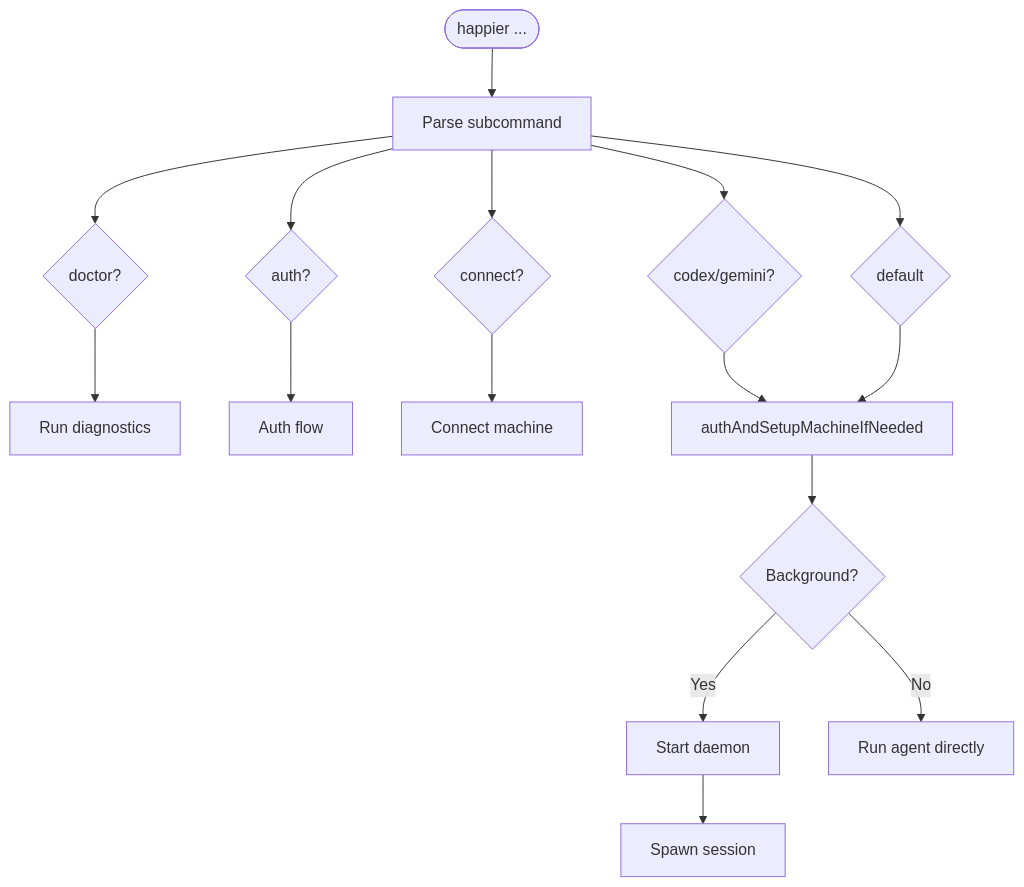
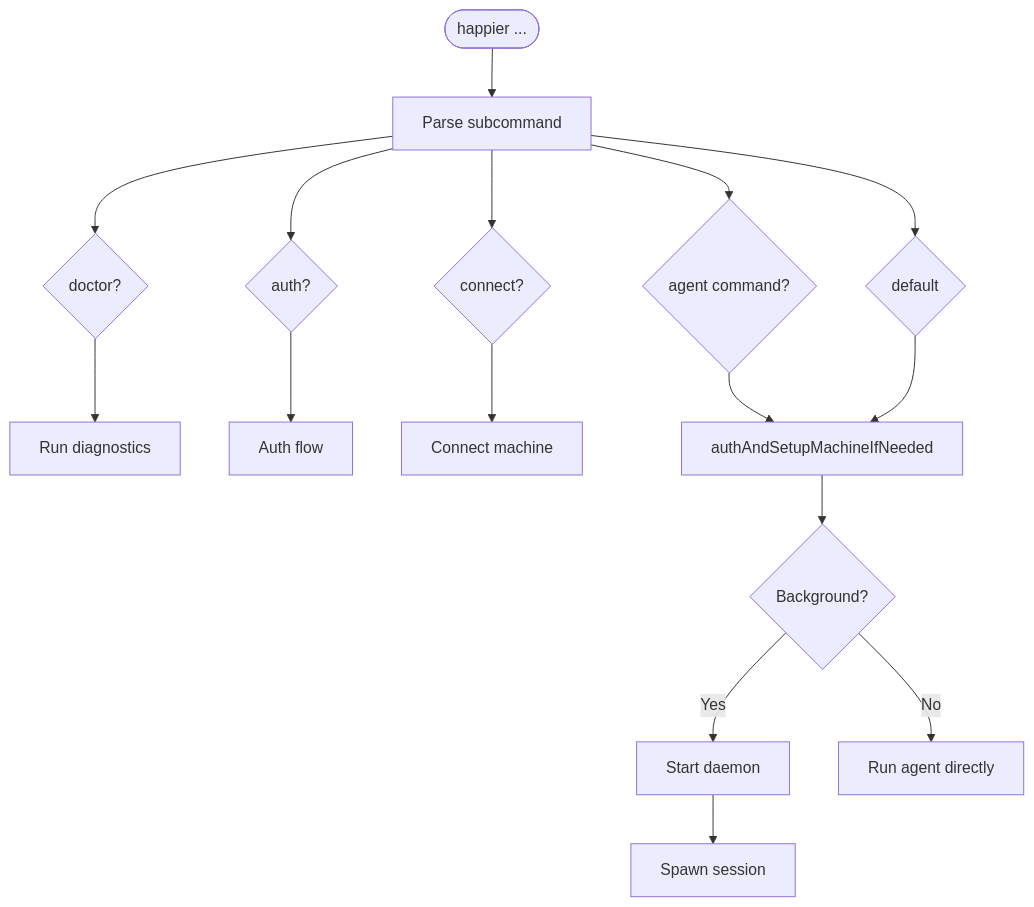
One commit to happier-dev/happier changed the second of 12 diagrams in docs/cli-architecture.md. Above: the diagram before and after it, drawn with Mermaid. The commit also changed other lines of this file and 39 other files, not shown here.

````diff
--- a/docs/cli-architecture.md
+++ b/docs/cli-architecture.md
@@ -50,23 +50,23 @@
 ```mermaid
 flowchart TD
     Start([happier ...]) --> Parse[Parse subcommand]
 
     Parse --> Doctor{doctor?}
     Parse --> Auth{auth?}
     Parse --> Connect{connect?}
-    Parse --> Agent{codex/gemini?}
+    Parse --> Agent{agent command?}
     Parse --> Default{default}
 
     Doctor --> RunDoctor[Run diagnostics]
     Auth --> RunAuth[Auth flow]
     Connect --> RunConnect[Connect machine]
 
     Agent --> Setup[authAndSetupMachineIfNeeded]
     Default --> Setup
 
     Setup --> Context{Background?}
     Context --> |Yes| StartDaemon[Start daemon]
     Context --> |No| RunAgent[Run agent directly]
 
     StartDaemon --> SpawnSession[Spawn session]
 ```
````
